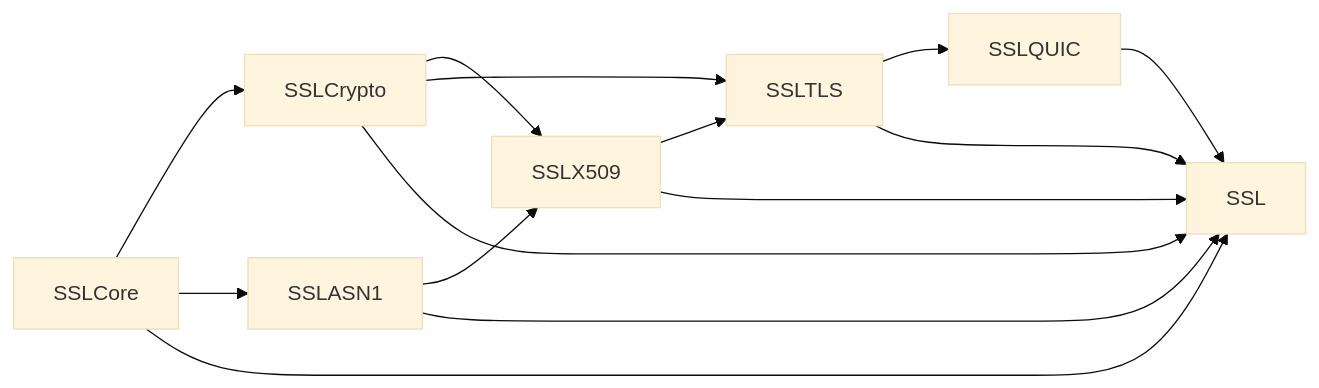
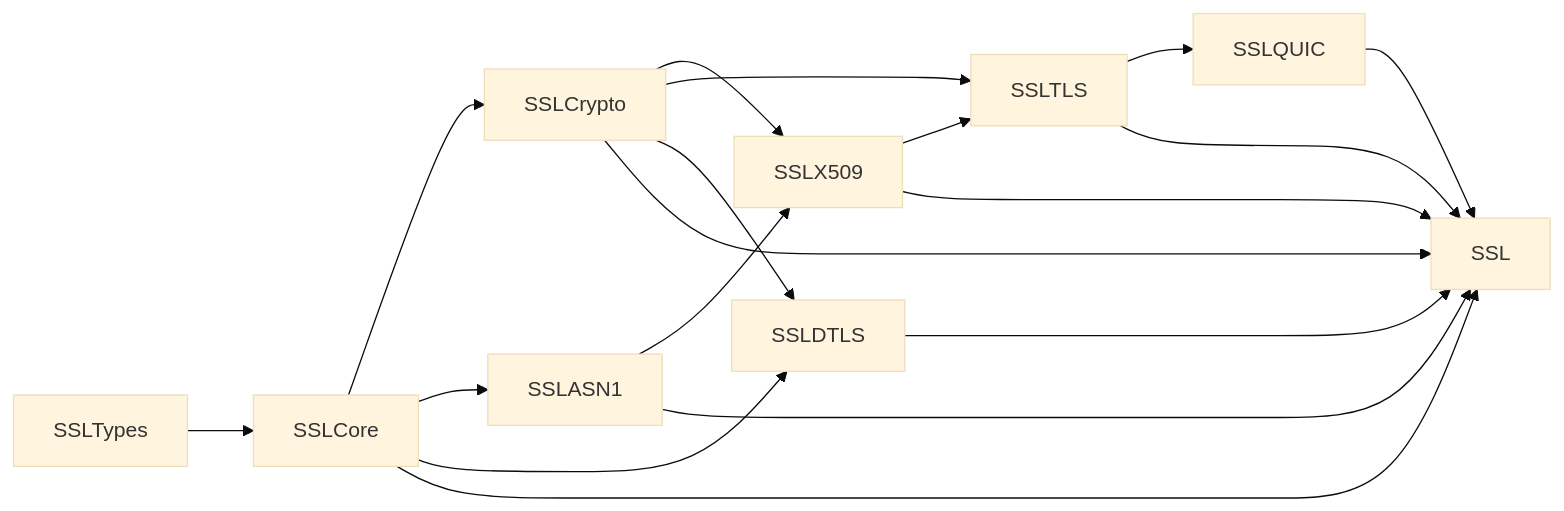
One commit to 1amageek/swift-ssl changed the diagram in README.md. Above: the diagram before and after it, drawn with Mermaid (base theme). The commit also changed other lines of this file and 197 other files, not shown here.

Commit message:
Complete Pure Swift SSL crypto and transport layers

````diff
--- a/README.md
+++ b/README.md
@@ -14,16 +15,20 @@
 ```mermaid
 flowchart LR
+    Types[SSLTypes] --> Core[SSLCore]
     Core[SSLCore] --> Crypto[SSLCrypto]
     Core --> ASN1[SSLASN1]
     Crypto --> X509[SSLX509]
     ASN1 --> X509
     Crypto --> TLS[SSLTLS]
     X509 --> TLS
+    Core --> DTLS[SSLDTLS]
+    Crypto --> DTLS
     TLS --> QUIC[SSLQUIC]
     Core --> SSL[SSL]
     Crypto --> SSL
     ASN1 --> SSL
     X509 --> SSL
     TLS --> SSL
+    DTLS --> SSL
     QUIC --> SSL
 ```
````
